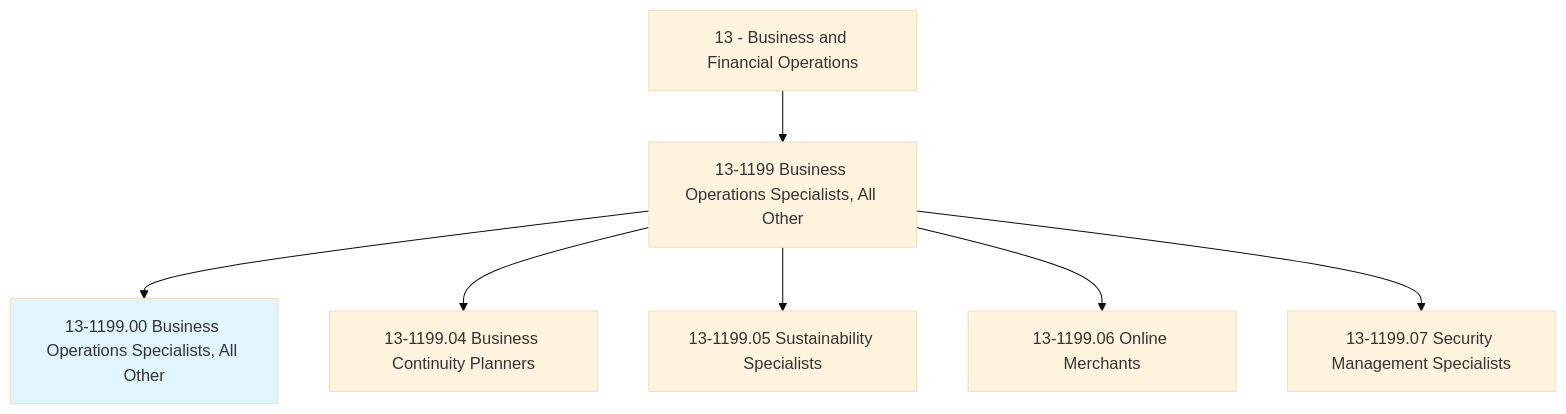
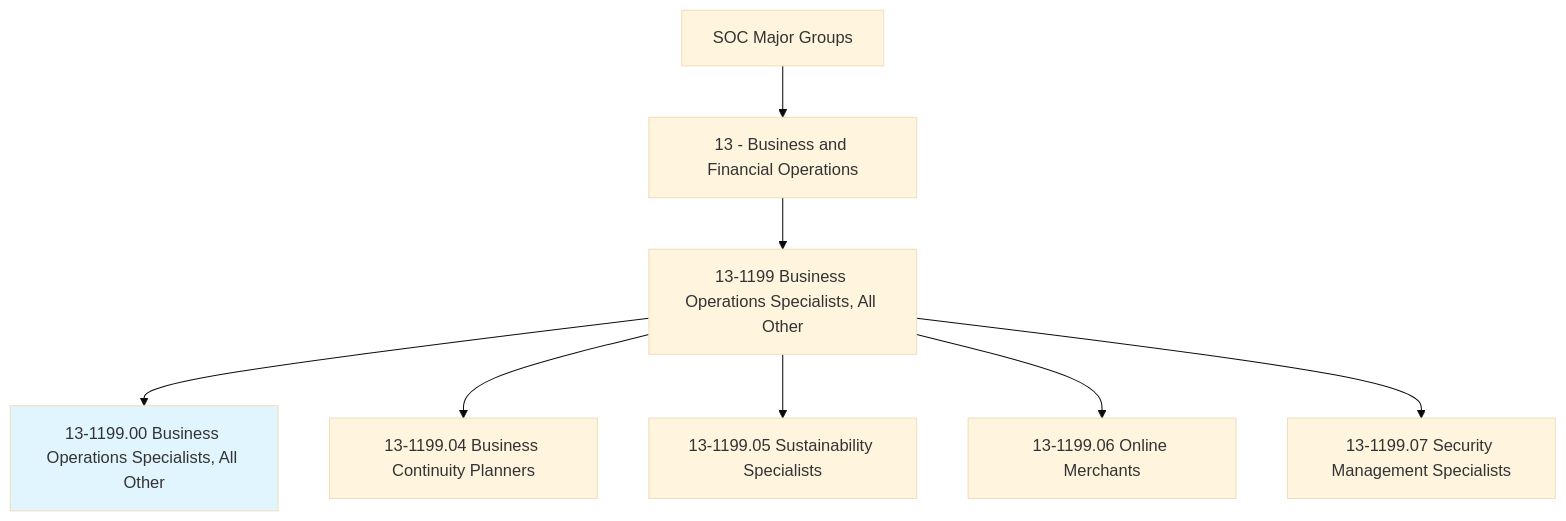
Before and after one commit to kziemski/business.org.ai: the first of 4 diagrams in occupations/Business/BusinessOperationsSpecialists.mdx, drawn with Mermaid (base theme). The commit also changed other lines of this file and 938 other files, not shown here.

````diff
--- a/occupations/Business/BusinessOperationsSpecialists.mdx
+++ b/occupations/Business/BusinessOperationsSpecialists.mdx
@@ -19,10 +25,11 @@
 ```mermaid
 graph TD
-    Cat13["13 - Business and Financial Operations"] --> Group131199["13-1199 Business Operations Specialists, All Other"]
-    Group131199 --> Current["13-1199.00 Business Operations Specialists, All Other"]
+    SOC["SOC Major Groups"] --> Cat13["13 - Business and Financial Operations"]
+    Cat13 --> G131199["13-1199 Business Operations Specialists, All Other"]
+    G131199 --> Current["13-1199.00 Business Operations Specialists, All Other"]
+    G131199 --> V04["13-1199.04 Business Continuity Planners"]
+    G131199 --> V05["13-1199.05 Sustainability Specialists"]
+    G131199 --> V06["13-1199.06 Online Merchants"]
+    G131199 --> V07["13-1199.07 Security Management Specialists"]
     style Current fill:#e1f5fe
-    Group131199 --> V13119904["13-1199.04 Business Continuity Planners"]
-    Group131199 --> V13119905["13-1199.05 Sustainability Specialists"]
-    Group131199 --> V13119906["13-1199.06 Online Merchants"]
-    Group131199 --> V13119907["13-1199.07 Security Management Specialists"]
 ```
````
